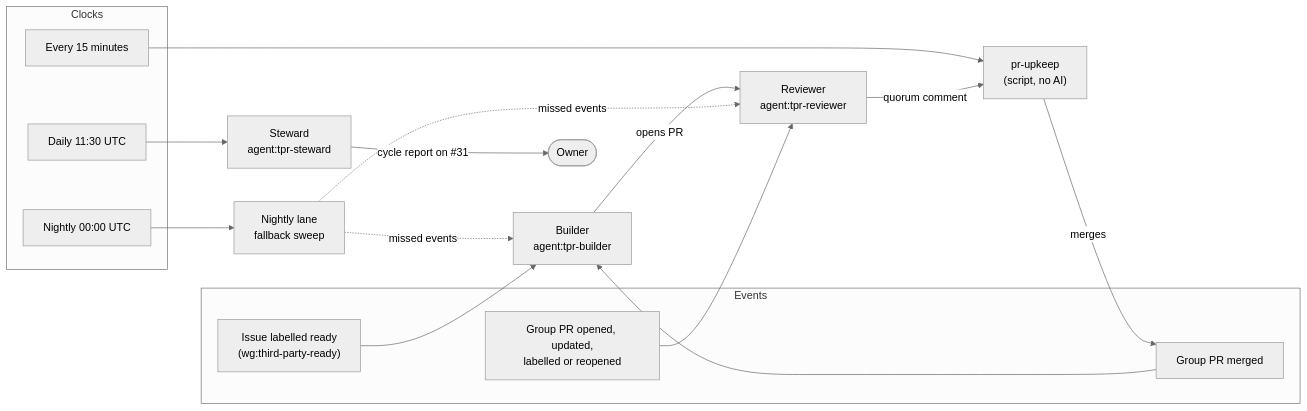
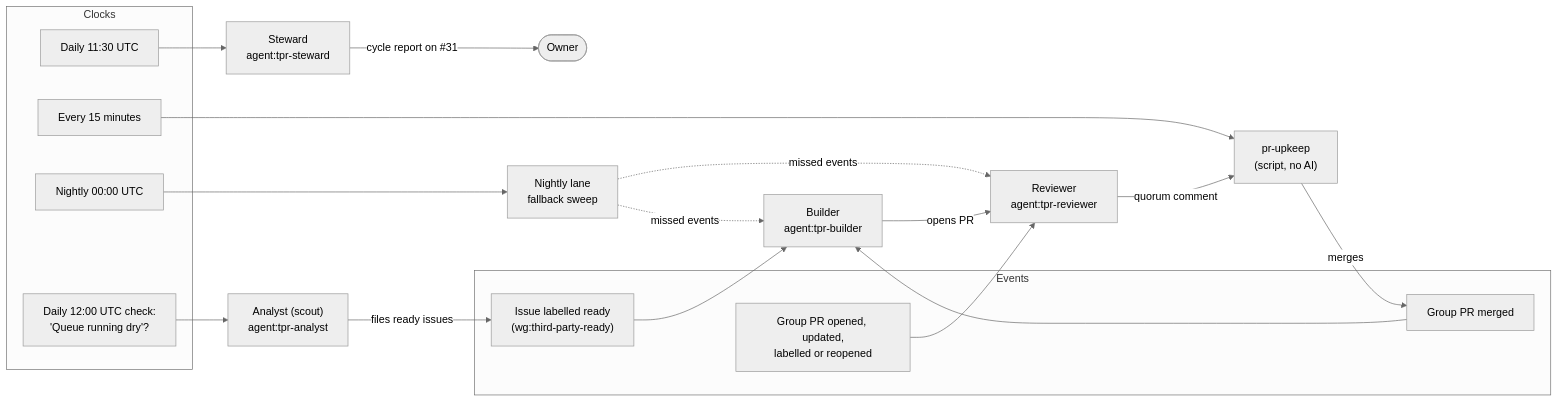
Before and after one commit to the-greenman/srs-programme: the first of 7 diagrams in routines/working-groups.md, drawn with Mermaid (neutral theme). The commit also changed other lines of this file and 8 other files, not shown here.

First line of the commit message:
Add WG Third-party ready analyst (scout) member: agent, standing job, brief

````diff
--- a/routines/working-groups.md
+++ b/routines/working-groups.md
@@ -11,25 +13,28 @@
 ```mermaid
 flowchart LR
   subgraph Events
     E1["Issue labelled ready<br/>(wg:third-party-ready)"]
     E2["Group PR opened, updated,<br/>labelled or reopened"]
     E3["Group PR merged"]
   end
   subgraph Clocks
     C1["Daily 11:30 UTC"]
     C2["Every 15 minutes"]
     C3["Nightly 00:00 UTC"]
+    C4["Daily 12:00 UTC check:<br/>'Queue running dry'?"]
   end
   E1 --> B["Builder<br/>agent:tpr-builder"]
   E3 --> B
   E2 --> R["Reviewer<br/>agent:tpr-reviewer"]
   C1 --> S["Steward<br/>agent:tpr-steward"]
   C2 --> U["pr-upkeep<br/>(script, no AI)"]
   C3 --> N["Nightly lane<br/>fallback sweep"]
+  C4 --> AN["Analyst (scout)<br/>agent:tpr-analyst"]
+  AN -->|files ready issues| E1
   B -->|opens PR| R
   R -->|quorum comment| U
   U -->|merges| E3
   S -->|cycle report on #31| O(["Owner"])
   N -.->|missed events| B
   N -.->|missed events| R
 ```
````
